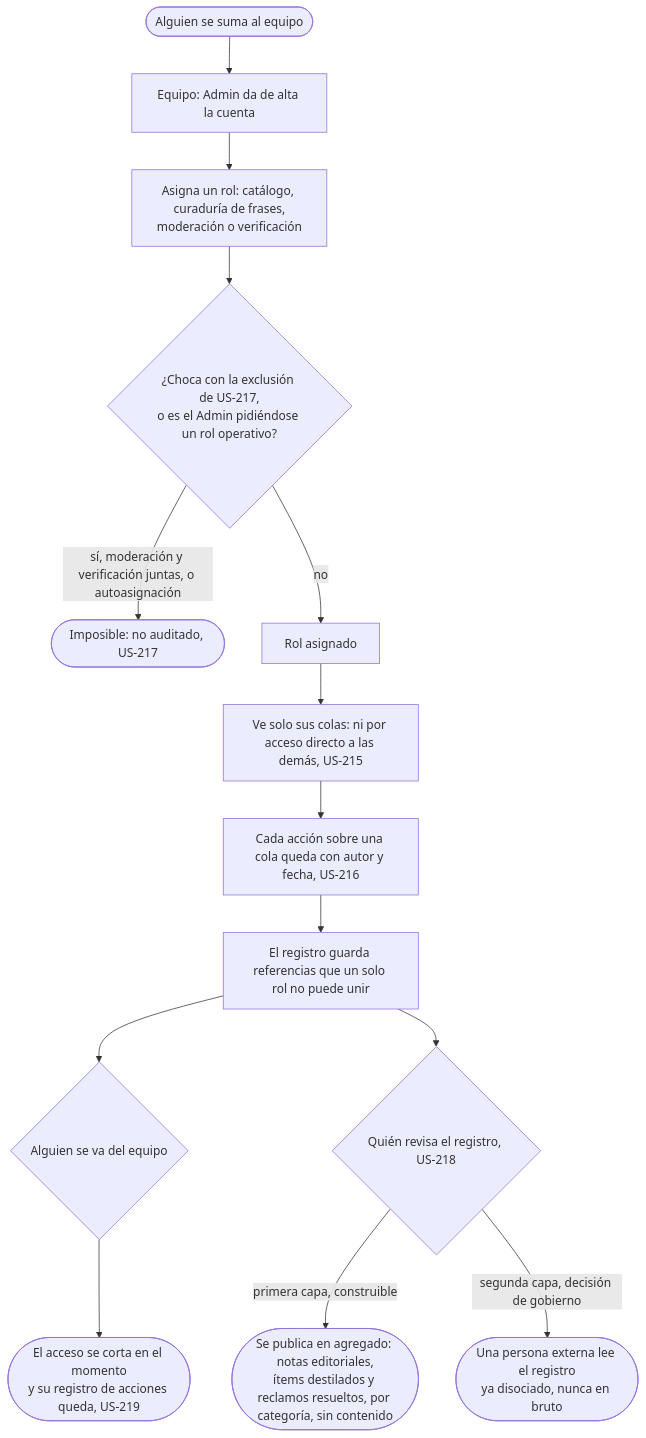
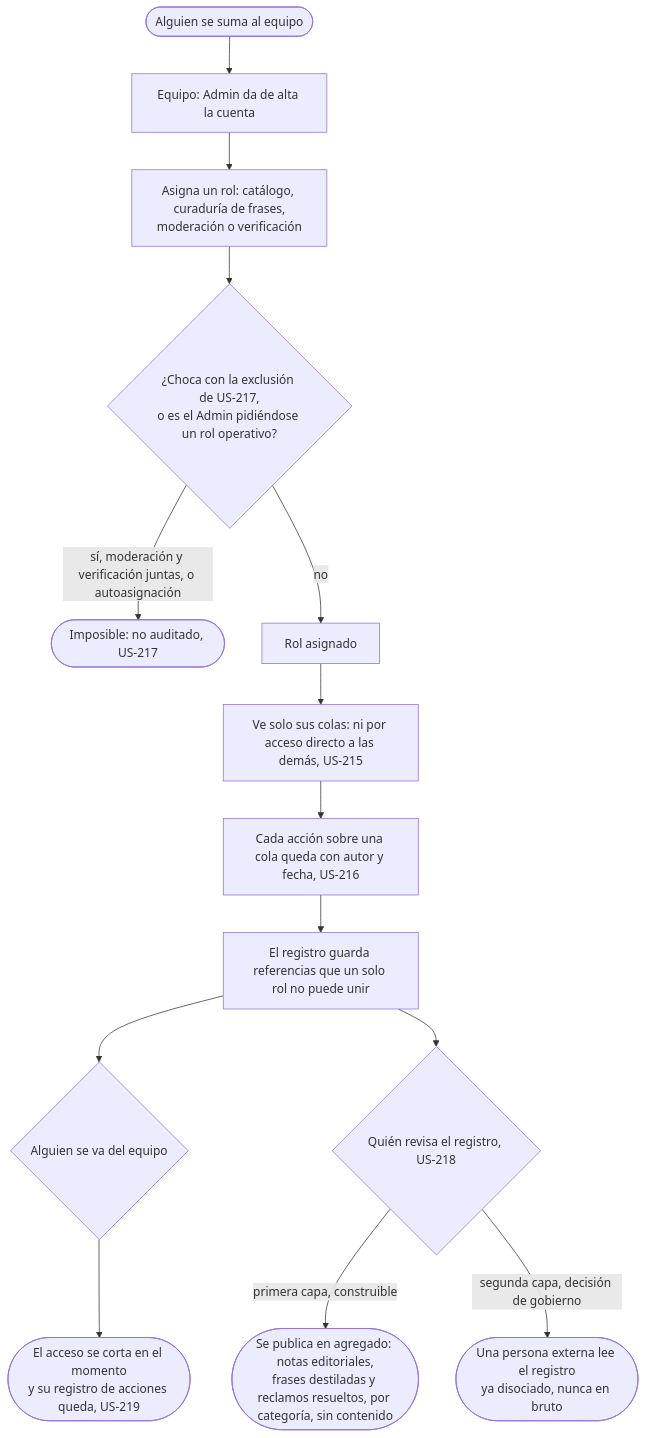
The diagram in docs/product/team/cut-the-access/flow.md (lucasidev/plan-b), drawn with Mermaid before and after one commit. The commit also changed 82 other files, not shown here.

````diff
--- a/docs/product/team/cut-the-access/flow.md
+++ b/docs/product/team/cut-the-access/flow.md
@@ -5,16 +5,16 @@
 ```mermaid
 flowchart TD
   A([Alguien se suma al equipo]) --> B[Equipo: Admin da de alta la cuenta]
   B --> C[Asigna un rol: catálogo, curaduría de frases,<br/>moderación o verificación]
   C --> D{¿Choca con la exclusión de US-217,<br/>o es el Admin pidiéndose un rol operativo?}
   D -->|sí, moderación y verificación juntas, o autoasignación| E([Imposible: no auditado, US-217])
   D -->|no| F[Rol asignado]
   F --> I[Ve solo sus colas: ni por acceso directo a las demás, US-215]
   I --> J[Cada acción sobre una cola queda con autor y fecha, US-216]
   J --> K[El registro guarda referencias que un solo rol no puede unir]
   K --> L{Alguien se va del equipo}
   L --> M([El acceso se corta en el momento<br/>y su registro de acciones queda, US-219])
   K --> N{Quién revisa el registro, US-218}
-  N -->|primera capa, construible| N1([Se publica en agregado: notas editoriales,<br/>ítems destilados y reclamos resueltos, por categoría, sin contenido])
+  N -->|primera capa, construible| N1([Se publica en agregado: notas editoriales,<br/>frases destiladas y reclamos resueltos, por categoría, sin contenido])
   N -->|segunda capa, decisión de gobierno| N2([Una persona externa lee el registro<br/>ya disociado, nunca en bruto])
 ```
````
